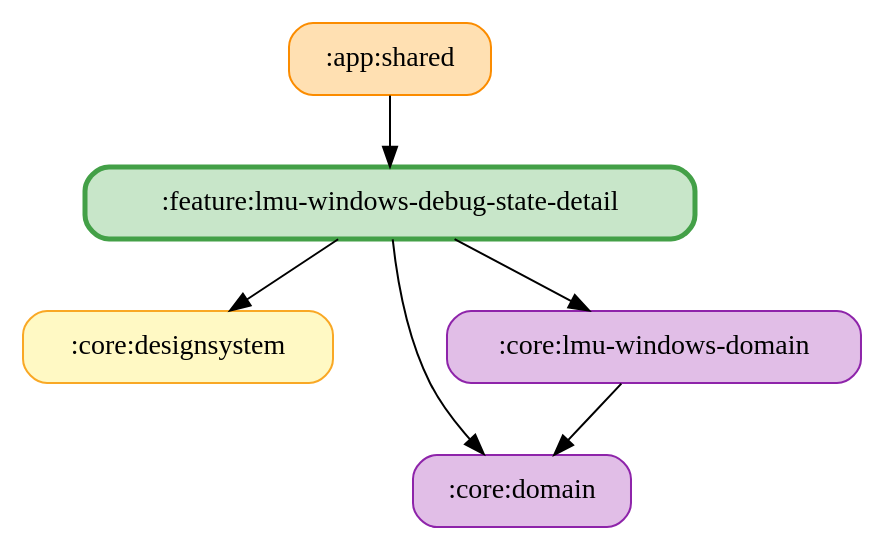
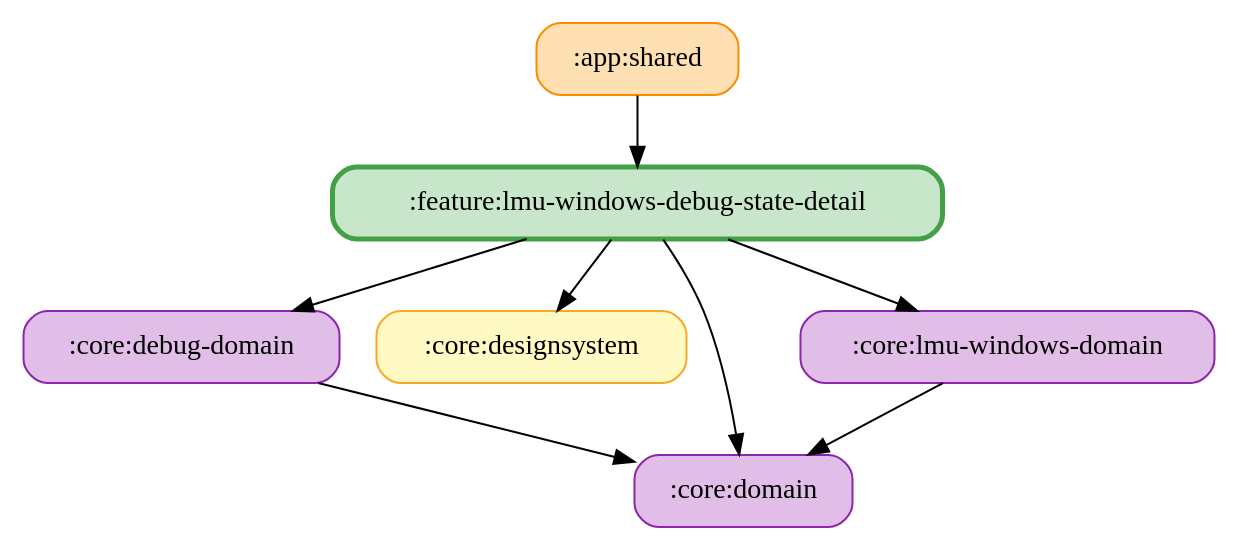
Before and after one commit to ai-kurou/KoDriver: the diagram in docs/graphs/feature-lmu-windows-debug-state-detail.gv, drawn with Graphviz. The commit also changed 31 other files, not shown here.

Commit message:
chore: update module graph images

```diff
--- a/docs/graphs/feature-lmu-windows-debug-state-detail.gv
+++ b/docs/graphs/feature-lmu-windows-debug-state-detail.gv
@@ -1,14 +1,17 @@
 digraph G {
   rankdir=TB
   node [shape=box, style="rounded,filled"]
   ":app:shared" [fillcolor="#FFE0B2", color="#FB8C00", penwidth=1]
+  ":core:debug-domain" [fillcolor="#E1BEE7", color="#8E24AA", penwidth=1]
   ":core:designsystem" [fillcolor="#FFF9C4", color="#F9A825", penwidth=1]
   ":core:domain" [fillcolor="#E1BEE7", color="#8E24AA", penwidth=1]
   ":core:lmu-windows-domain" [fillcolor="#E1BEE7", color="#8E24AA", penwidth=1]
   ":feature:lmu-windows-debug-state-detail" [fillcolor="#C8E6C9", color="#43A047", penwidth=2.5]
   ":app:shared" -> ":feature:lmu-windows-debug-state-detail"
+  ":core:debug-domain" -> ":core:domain"
   ":core:lmu-windows-domain" -> ":core:domain"
   ":feature:lmu-windows-debug-state-detail" -> ":core:domain"
   ":feature:lmu-windows-debug-state-detail" -> ":core:designsystem"
+  ":feature:lmu-windows-debug-state-detail" -> ":core:debug-domain"
   ":feature:lmu-windows-debug-state-detail" -> ":core:lmu-windows-domain"
 }
```
